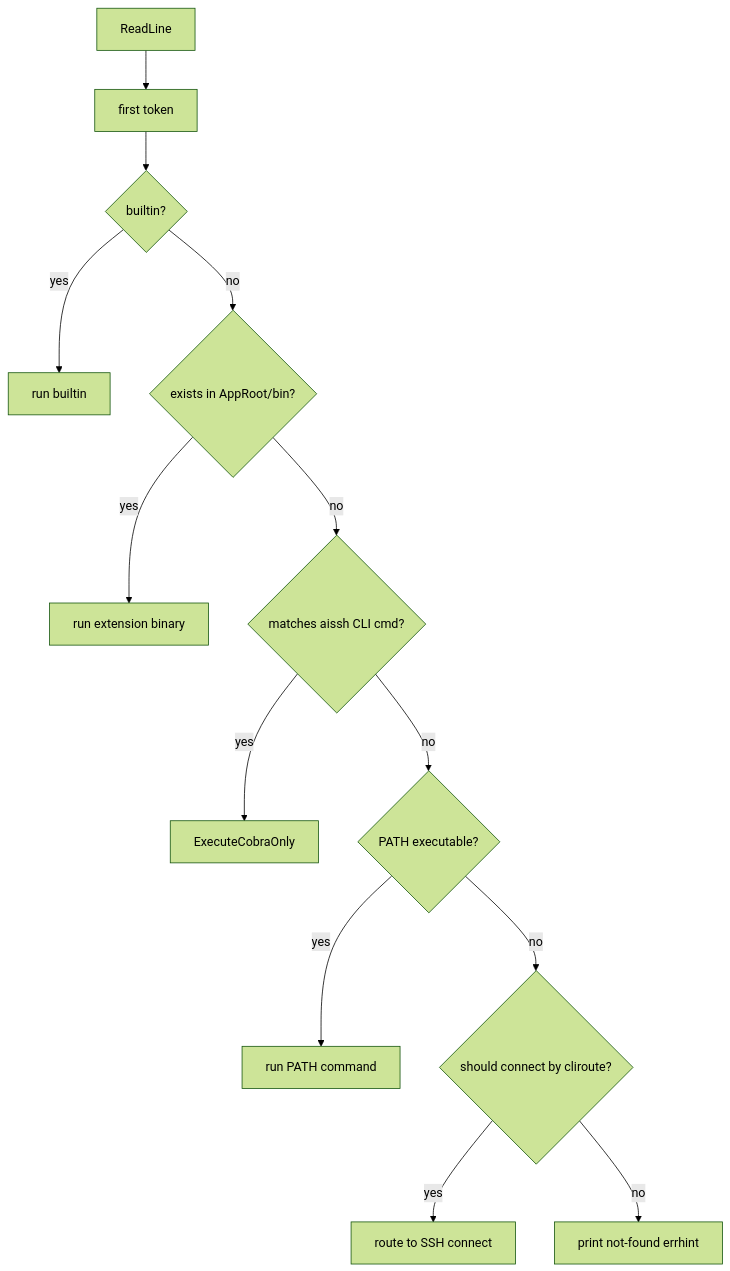
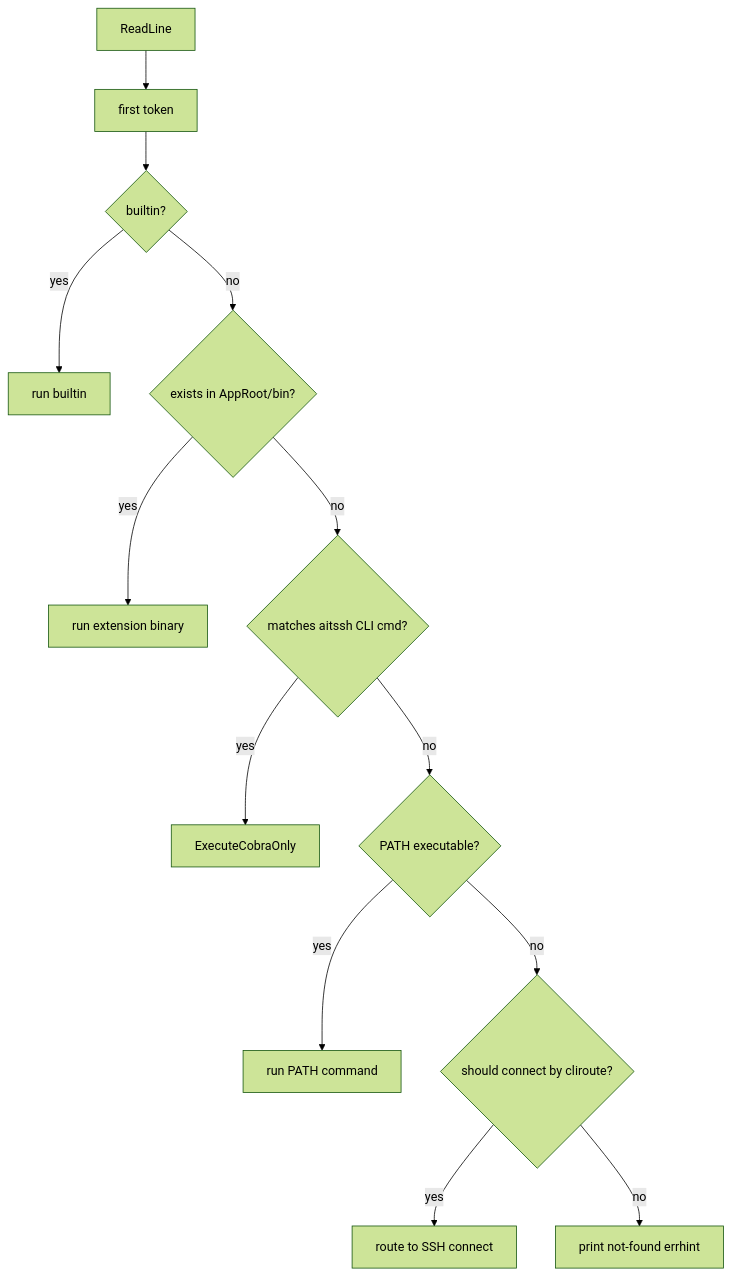
One commit to ylgeeker/AiT changed the fourth of 11 diagrams in docs/tools/aissh-internals.md. Above: the diagram before and after it, drawn with Mermaid (forest theme). The commit also changed other lines of this file and 105 other files, not shown here.

First line of the commit message:
docs: point guides and CLI hints at ait agent and aitssh

````diff
--- a/docs/tools/aissh-internals.md
+++ b/docs/tools/aissh-internals.md
@@ -347,15 +349,15 @@
 ```mermaid
 flowchart TD
   L[ReadLine] --> T[first token]
   T --> B{builtin?}
   B -->|yes| B1[run builtin]
   B -->|no| X{exists in AppRoot/bin?}
   X -->|yes| X1[run extension binary]
-  X -->|no| C{matches aissh CLI cmd?}
+  X -->|no| C{matches aitssh CLI cmd?}
   C -->|yes| C1[ExecuteCobraOnly]
   C -->|no| P{PATH executable?}
   P -->|yes| P1[run PATH command]
   P -->|no| R{should connect by cliroute?}
   R -->|yes| R1[route to SSH connect]
   R -->|no| N[print not-found errhint]
 ```
````
